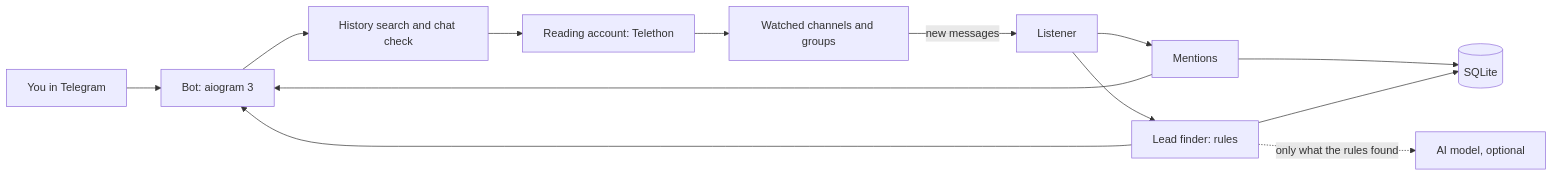
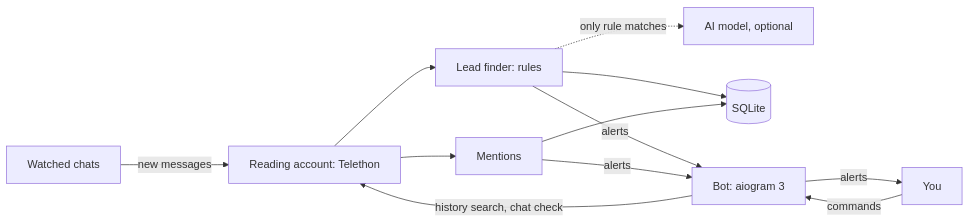
Before and after one commit to ant4x/telegram-lead-finder: the diagram in README.md, drawn with Mermaid. The commit also changed other lines of this file, not shown here.

First line of the commit message:
Say in the README exactly what the bot keeps and sends, lead finder first

````diff
--- a/README.md
+++ b/README.md
@@ -51,15 +60,11 @@
 ```mermaid
 flowchart LR
-  U[You in Telegram] --> B[Bot: aiogram 3]
-  R[Reading account: Telethon] --> C[Watched channels and groups]
-  C -->|new messages| L[Listener]
-  L --> M[Mentions]
-  L --> F[Lead finder: rules]
-  F -. only what the rules found .-> A[AI model, optional]
-  M --> D[(SQLite)]
-  F --> D
-  M --> B
-  F --> B
-  B --> S[History search and chat check]
-  S --> R
+  C[Watched chats] -->|new messages| R[Reading account: Telethon]
+  R --> F[Lead finder: rules] & M[Mentions]
+  F -. only rule matches .-> A[AI model, optional]
+  F & M --> D[(SQLite)]
+  F & M -->|alerts| B[Bot: aiogram 3]
+  B -->|alerts| U[You]
+  U -->|commands| B
+  B -->|history search, chat check| R
 ```
````
